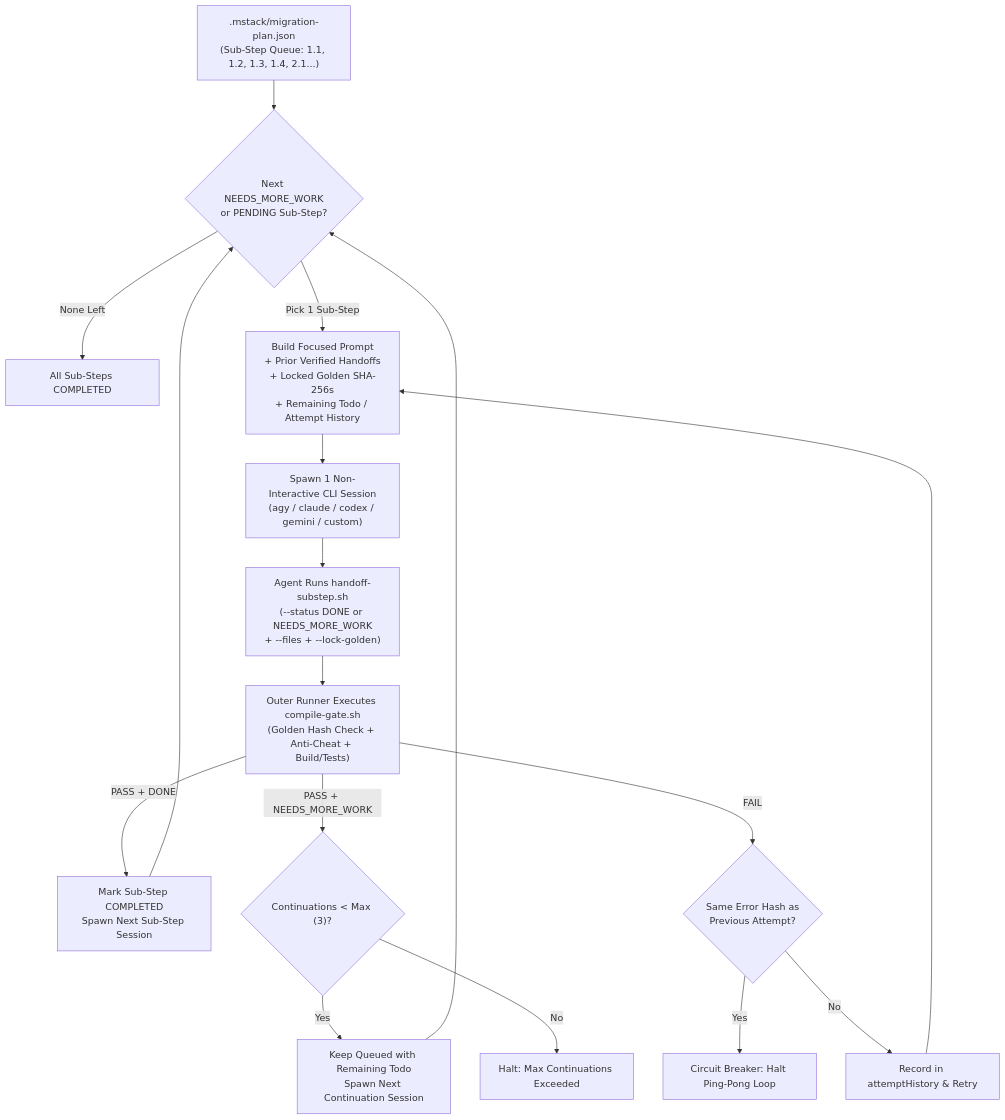
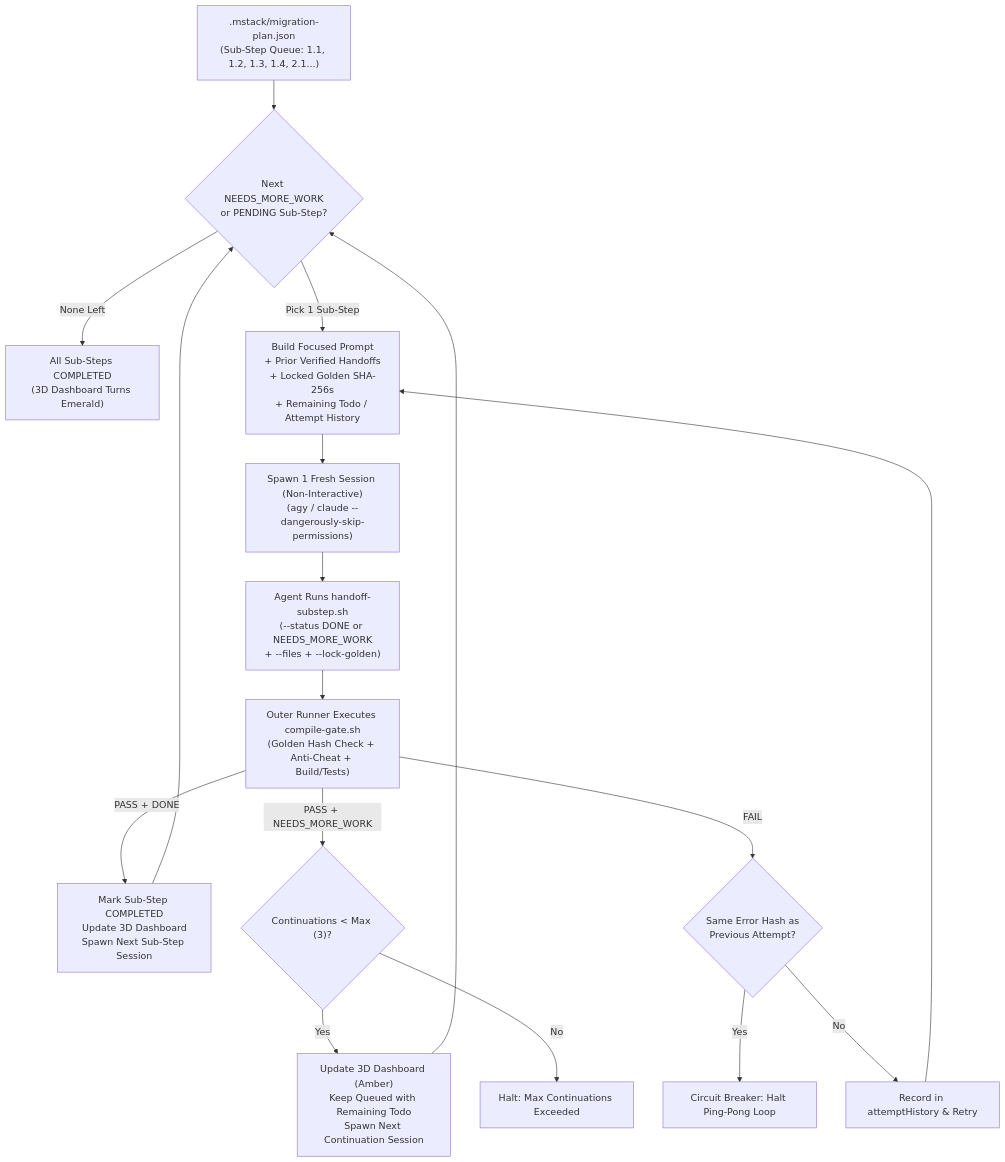
The second of 2 diagrams in skills/mstack-automation/SKILL.md (estines/mobile-migration-tools), drawn with Mermaid before and after one commit. The commit also changed other lines of this file and 9 other files, not shown here.

Commit message:
feat: add 3D hologram migration dashboard and background CLI automation runner

````diff
--- a/skills/mstack-automation/SKILL.md
+++ b/skills/mstack-automation/SKILL.md
@@ -23,19 +111,19 @@
 ```mermaid
 flowchart TD
     Plan[".mstack/migration-plan.json\n(Sub-Step Queue: 1.1, 1.2, 1.3, 1.4, 2.1...)"] --> Next{"Next NEEDS_MORE_WORK\nor PENDING Sub-Step?"}
-    Next -- "None Left" --> Done["All Sub-Steps COMPLETED"]
+    Next -- "None Left" --> Done["All Sub-Steps COMPLETED\n(3D Dashboard Turns Emerald)"]
     Next -- "Pick 1 Sub-Step" --> Prompt["Build Focused Prompt\n+ Prior Verified Handoffs\n+ Locked Golden SHA-256s\n+ Remaining Todo / Attempt History"]
-    Prompt --> Exec["Spawn 1 Non-Interactive CLI Session\n(agy / claude / codex / gemini / custom)"]
+    Prompt --> Exec["Spawn 1 Fresh Session (Non-Interactive)\n(agy / claude --dangerously-skip-permissions)"]
     Exec --> Handoff["Agent Runs handoff-substep.sh\n(--status DONE or NEEDS_MORE_WORK\n+ --files + --lock-golden)"]
     Handoff --> Gate["Outer Runner Executes compile-gate.sh\n(Golden Hash Check + Anti-Cheat + Build/Tests)"]
-    Gate -- "PASS + DONE" --> MarkPass["Mark Sub-Step COMPLETED\nSpawn Next Sub-Step Session"]
+    Gate -- "PASS + DONE" --> MarkPass["Mark Sub-Step COMPLETED\nUpdate 3D Dashboard\nSpawn Next Sub-Step Session"]
     Gate -- "PASS + NEEDS_MORE_WORK" --> Cont{"Continuations < Max (3)?"}
-    Cont -- "Yes" --> NextCont["Keep Queued with Remaining Todo\nSpawn Next Continuation Session"]
+    Cont -- "Yes" --> NextCont["Update 3D Dashboard (Amber)\nKeep Queued with Remaining Todo\nSpawn Next Continuation Session"]
     Cont -- "No" --> Halt["Halt: Max Continuations Exceeded"]
     Gate -- "FAIL" --> PingPong{"Same Error Hash as\nPrevious Attempt?"}
     PingPong -- "Yes" --> Halt2["Circuit Breaker: Halt Ping-Pong Loop"]
     PingPong -- "No" --> Retry["Record in attemptHistory & Retry"]
     MarkPass --> Next
     NextCont --> Next
     Retry --> Prompt
 ```
````
